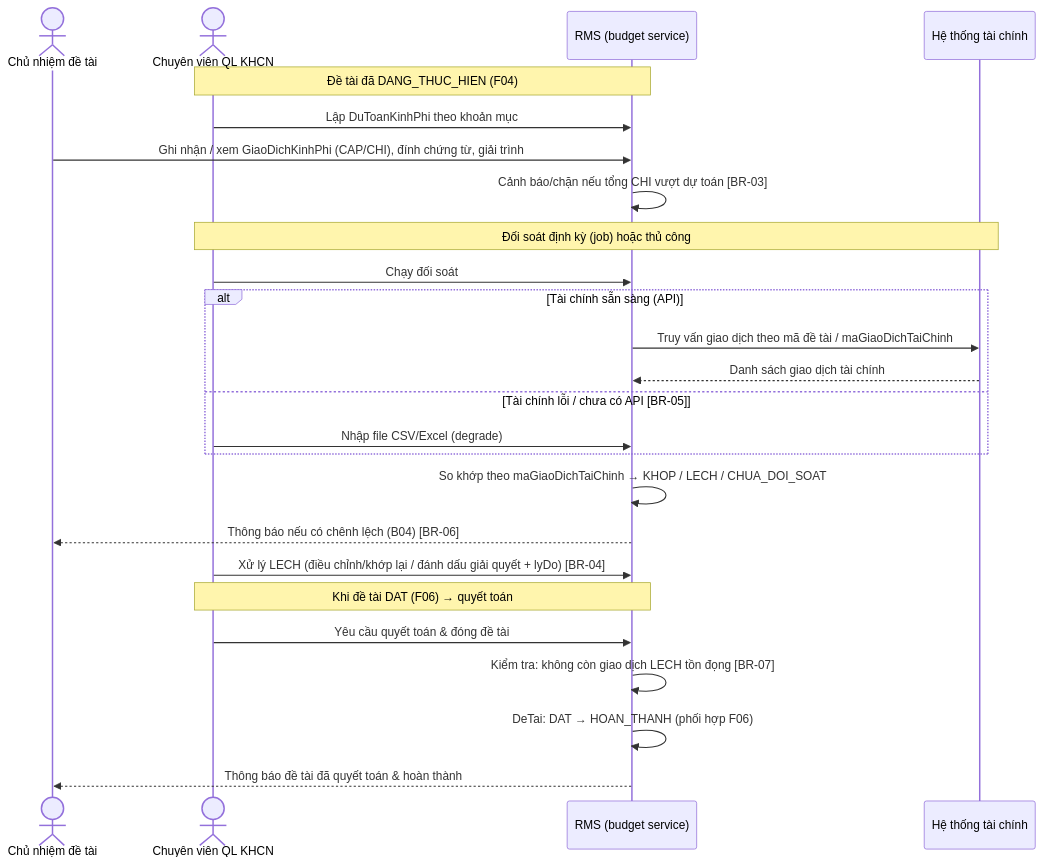
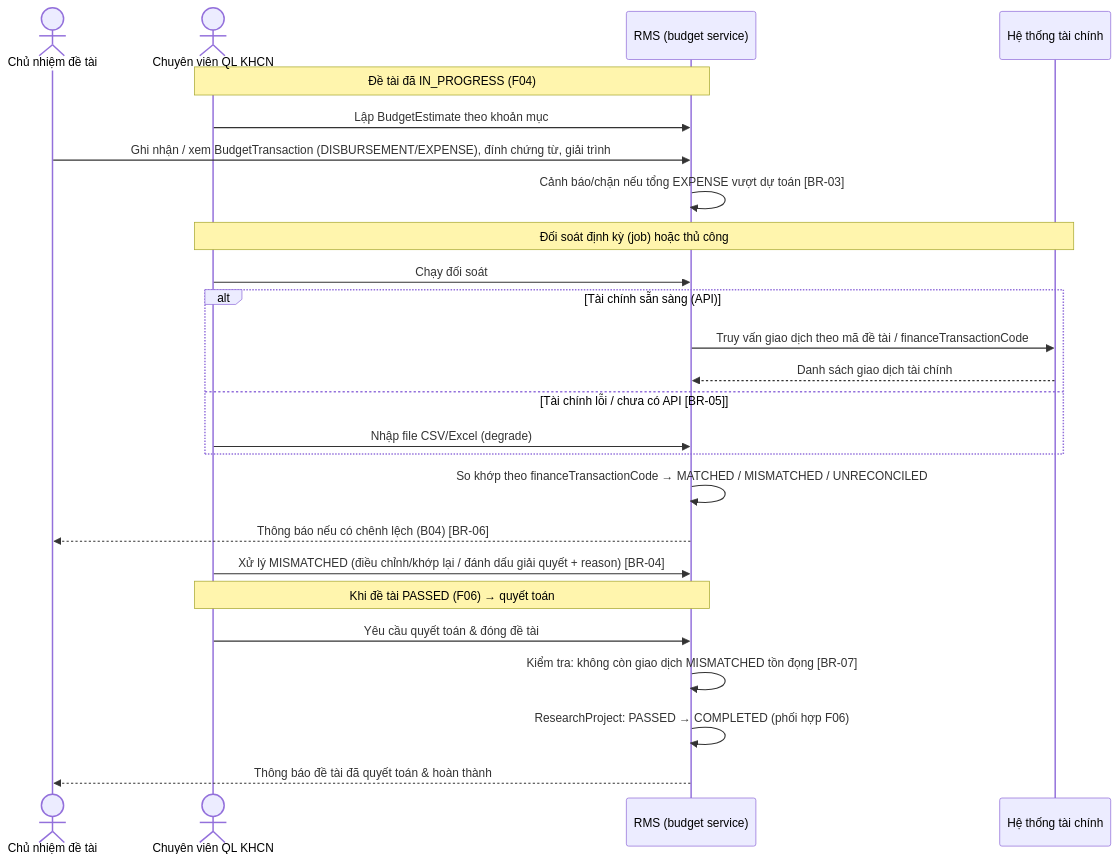
The first of 3 diagrams in docs/features/F05-quan-ly-kinh-phi/spec.md (PTZero2026/rms-docs), drawn with Mermaid before and after one commit. The commit also changed other lines of this file and 44 other files, not shown here.

Commit message:
docs: update project roadmap, architecture decisions, and comprehensive documentation for core features and testing plans

````diff
--- a/docs/features/F05-quan-ly-kinh-phi/spec.md
+++ b/docs/features/F05-quan-ly-kinh-phi/spec.md
@@ -63,30 +63,30 @@
 ```mermaid
 sequenceDiagram
     actor CN as Chủ nhiệm đề tài
     actor CV as Chuyên viên QL KHCN
     participant SYS as RMS (budget service)
     participant FIN as Hệ thống tài chính
 
-    Note over CV,SYS: Đề tài đã DANG_THUC_HIEN (F04)
-    CV->>SYS: Lập DuToanKinhPhi theo khoản mục
-    CN->>SYS: Ghi nhận / xem GiaoDichKinhPhi (CAP/CHI), đính chứng từ, giải trình
-    SYS->>SYS: Cảnh báo/chặn nếu tổng CHI vượt dự toán [BR-03]
+    Note over CV,SYS: Đề tài đã IN_PROGRESS (F04)
+    CV->>SYS: Lập BudgetEstimate theo khoản mục
+    CN->>SYS: Ghi nhận / xem BudgetTransaction (DISBURSEMENT/EXPENSE), đính chứng từ, giải trình
+    SYS->>SYS: Cảnh báo/chặn nếu tổng EXPENSE vượt dự toán [BR-03]
 
     Note over CV,FIN: Đối soát định kỳ (job) hoặc thủ công
     CV->>SYS: Chạy đối soát
     alt Tài chính sẵn sàng (API)
-        SYS->>FIN: Truy vấn giao dịch theo mã đề tài / maGiaoDichTaiChinh
+        SYS->>FIN: Truy vấn giao dịch theo mã đề tài / financeTransactionCode
         FIN-->>SYS: Danh sách giao dịch tài chính
     else Tài chính lỗi / chưa có API [BR-05]
         CV->>SYS: Nhập file CSV/Excel (degrade)
     end
-    SYS->>SYS: So khớp theo maGiaoDichTaiChinh → KHOP / LECH / CHUA_DOI_SOAT
+    SYS->>SYS: So khớp theo financeTransactionCode → MATCHED / MISMATCHED / UNRECONCILED
     SYS-->>CN: Thông báo nếu có chênh lệch (B04) [BR-06]
-    CV->>SYS: Xử lý LECH (điều chỉnh/khớp lại / đánh dấu giải quyết + lyDo) [BR-04]
+    CV->>SYS: Xử lý MISMATCHED (điều chỉnh/khớp lại / đánh dấu giải quyết + reason) [BR-04]
 
-    Note over CV,SYS: Khi đề tài DAT (F06) → quyết toán
+    Note over CV,SYS: Khi đề tài PASSED (F06) → quyết toán
     CV->>SYS: Yêu cầu quyết toán & đóng đề tài
-    SYS->>SYS: Kiểm tra: không còn giao dịch LECH tồn đọng [BR-07]
-    SYS->>SYS: DeTai: DAT → HOAN_THANH (phối hợp F06)
+    SYS->>SYS: Kiểm tra: không còn giao dịch MISMATCHED tồn đọng [BR-07]
+    SYS->>SYS: ResearchProject: PASSED → COMPLETED (phối hợp F06)
     SYS-->>CN: Thông báo đề tài đã quyết toán & hoàn thành
 ```
````
